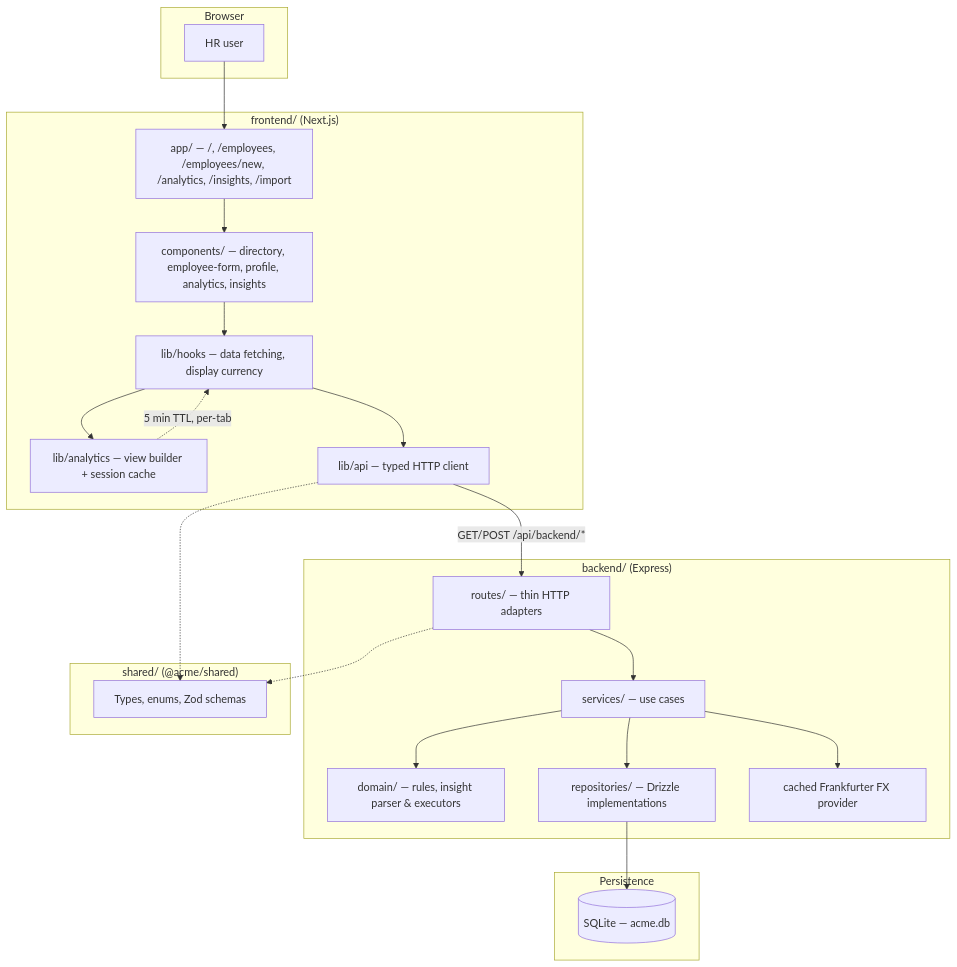
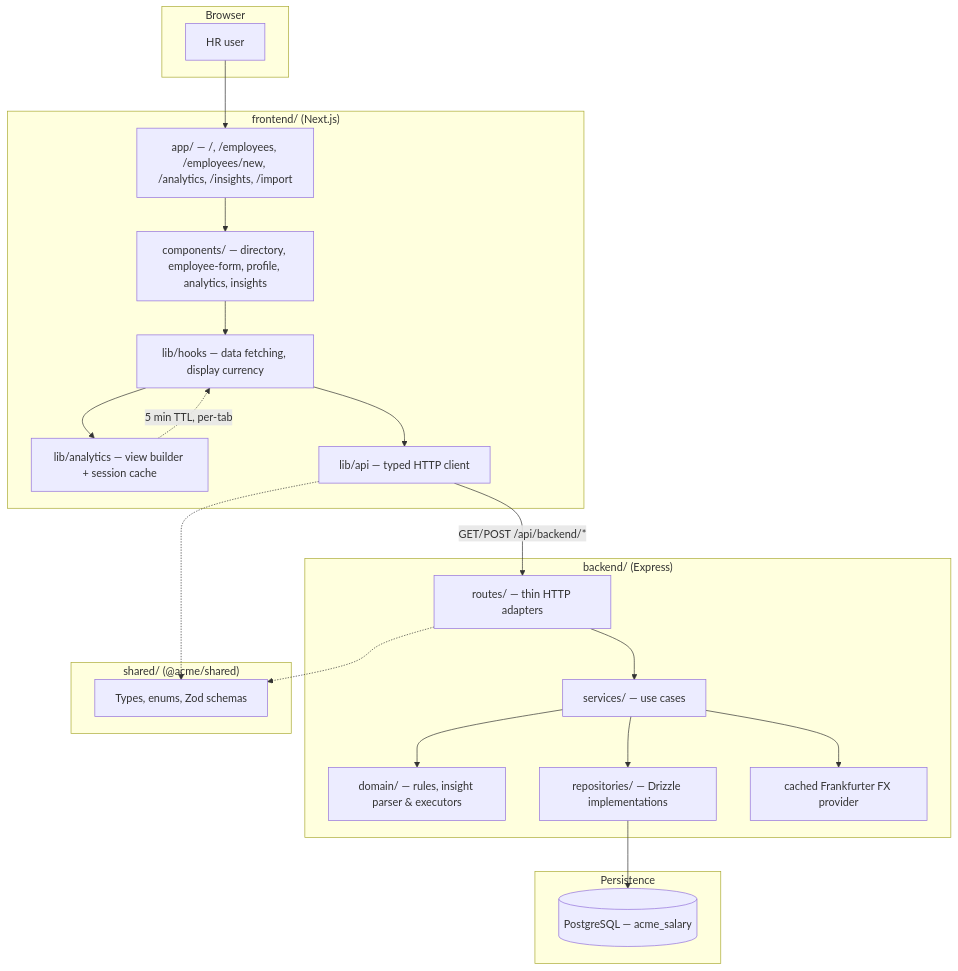
Before and after one commit to BiswajitSen/acme-salary-platform: the third of 6 diagrams in docs/architecture.md, drawn with Mermaid. The commit also changed other lines of this file and 6 other files, not shown here.

````diff
--- a/docs/architecture.md
+++ b/docs/architecture.md
@@ -75,45 +75,45 @@
 ```mermaid
 flowchart TB
   subgraph Browser["Browser"]
     User[HR user]
   end
 
   subgraph Frontend["frontend/ (Next.js)"]
     AppRoutes["app/ — /, /employees, /employees/new, /analytics, /insights, /import"]
     Components["components/ — directory, employee-form, profile, analytics, insights"]
     Hooks["lib/hooks — data fetching, display currency"]
     AnalyticsCache["lib/analytics — view builder + session cache"]
     ApiClient["lib/api — typed HTTP client"]
   end
 
   subgraph Backend["backend/ (Express)"]
     Routes["routes/ — thin HTTP adapters"]
     Services["services/ — use cases"]
     Domain["domain/ — rules, insight parser & executors"]
     Repos["repositories/ — Drizzle implementations"]
     FxCache["cached Frankfurter FX provider"]
   end
 
   subgraph Data["Persistence"]
-    SQLite[("SQLite — acme.db")]
+    Postgres[("PostgreSQL — acme_salary")]
   end
 
   subgraph Contracts["shared/ (@acme/shared)"]
     Types["Types, enums, Zod schemas"]
   end
 
   User --> AppRoutes
   AppRoutes --> Components
   Components --> Hooks
   Hooks --> ApiClient
   Hooks --> AnalyticsCache
   AnalyticsCache -.->|"5 min TTL, per-tab"| Hooks
   ApiClient -->|"GET/POST /api/backend/*"| Routes
   Routes --> Services
   Services --> Domain
   Services --> Repos
   Services --> FxCache
-  Repos --> SQLite
+  Repos --> Postgres
   Routes -.-> Types
   ApiClient -.-> Types
 ```
````
